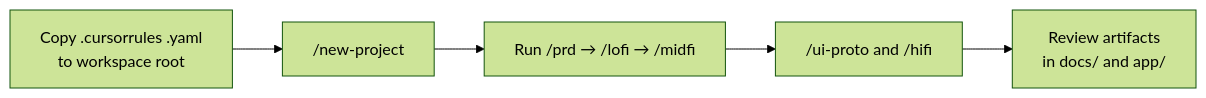
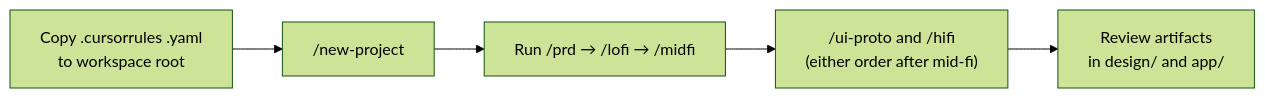
The third of 3 diagrams in README.md (luiscielak/ai-product-design-rules), drawn with Mermaid (forest theme) before and after one commit. The commit also changed other lines of this file and 1 other file, not shown here.

````diff
--- a/README.md
+++ b/README.md
@@ -317,7 +312,7 @@
 ```mermaid
 flowchart LR
   copyRules["Copy .cursorrules .yaml<br/>to workspace root"] --> start["/new-project"]
   start --> sequence["Run /prd → /lofi → /midfi"]
-  sequence --> deliver["/ui-proto and /hifi"]
-  deliver --> review["Review artifacts<br/>in docs/ and app/"]
+  sequence --> deliver["/ui-proto and /hifi<br/>(either order after mid-fi)"]
+  deliver --> review["Review artifacts<br/>in design/ and app/"]
 ```
````
